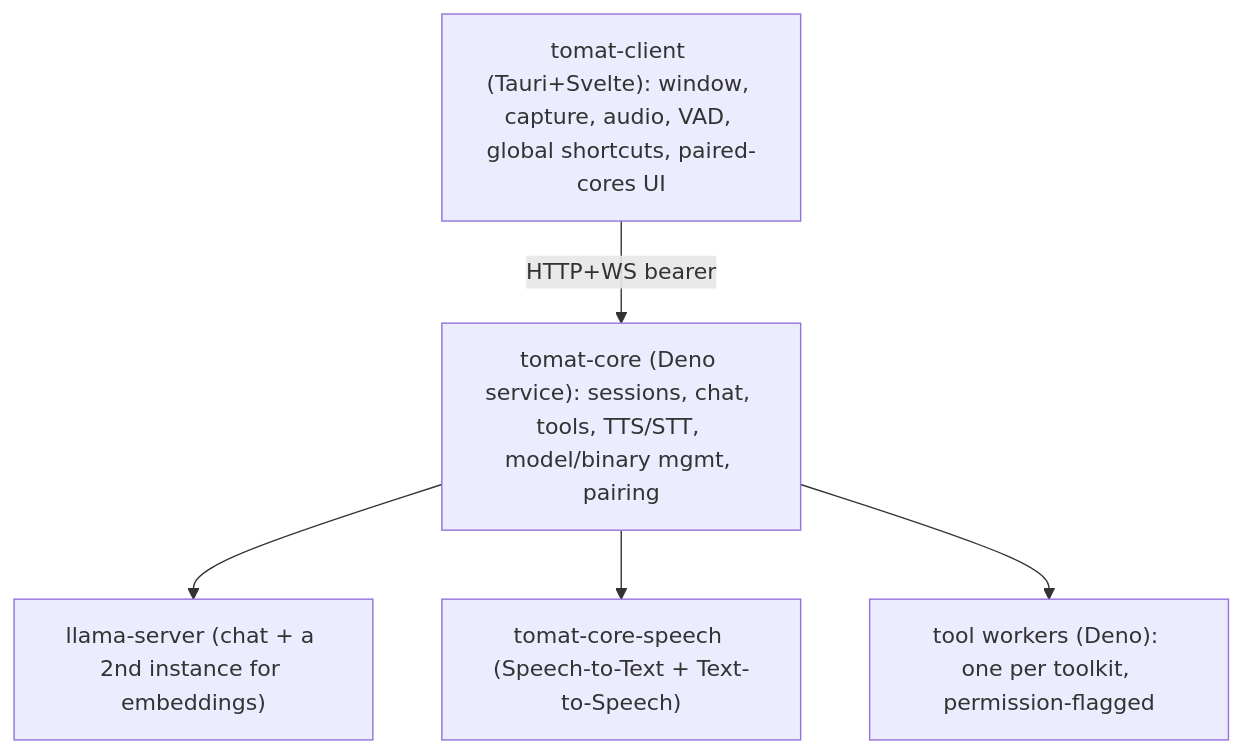
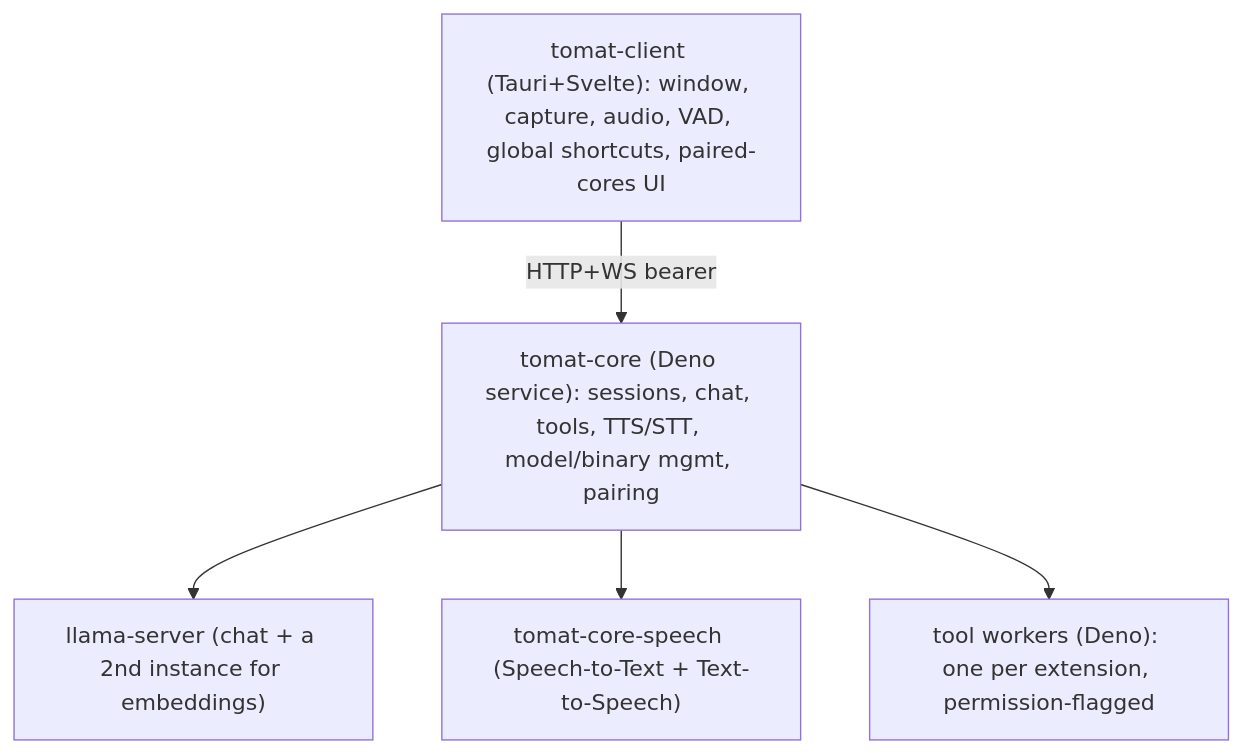
One commit to rzkyif/tomat changed the diagram in DEVELOPMENT.md. Above: the diagram before and after it, drawn with Mermaid. The commit also changed other lines of this file and 427 other files, not shown here.

````diff
--- a/DEVELOPMENT.md
+++ b/DEVELOPMENT.md
@@ -16,13 +16,13 @@
 ```mermaid
 flowchart TD
     client["tomat-client (Tauri+Svelte): window, capture, audio, VAD, global shortcuts, paired-cores UI"]
     core["tomat-core (Deno service): sessions, chat, tools, TTS/STT, model/binary mgmt, pairing"]
     llama["llama-server (chat + a 2nd instance for embeddings)"]
     speech["tomat-core-speech (Speech-to-Text + Text-to-Speech)"]
-    workers["tool workers (Deno): one per toolkit, permission-flagged"]
+    workers["tool workers (Deno): one per extension, permission-flagged"]
 
     client -->|HTTP+WS bearer| core
     core --> llama
     core --> speech
     core --> workers
 ```
````
